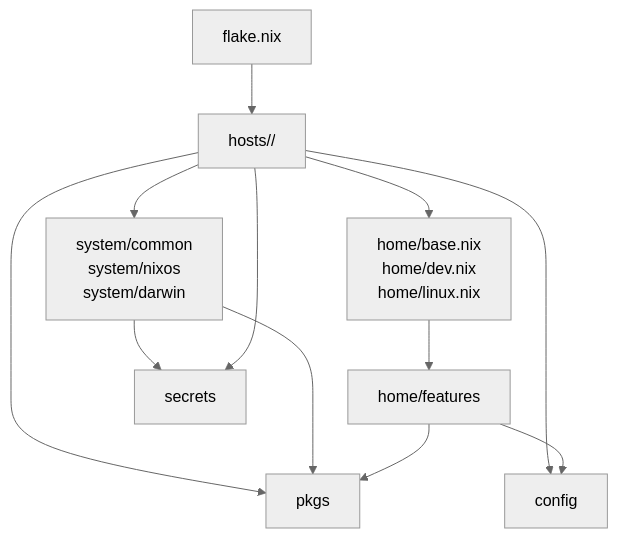
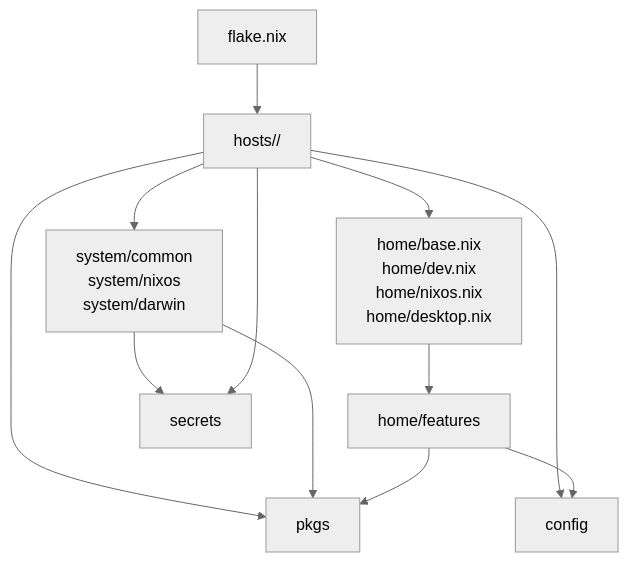
Before and after one commit to Chasewhip8/os: the diagram in AGENT.md, drawn with Mermaid (neutral theme). The commit also changed other lines of this file and 36 other files, not shown here.

````diff
--- a/AGENT.md
+++ b/AGENT.md
@@ -11,25 +11,25 @@
 ```mermaid
 flowchart TD
   flake["flake.nix"]
   hosts["hosts/<host>/<default.nix, home.nix>"]
   sys["system/common<br/>system/nixos<br/>system/darwin"]
-  homeBundles["home/base.nix<br/>home/dev.nix<br/>home/linux.nix"]
+  homeBundles["home/base.nix<br/>home/dev.nix<br/>home/nixos.nix<br/>home/desktop.nix"]
   hm["home/features"]
   raw["config"]
   pkgs["pkgs"]
   secrets["secrets"]
 
   flake --> hosts
   hosts --> sys
   hosts --> homeBundles
   homeBundles --> hm
   hosts --> raw
   hm --> raw
 
   hosts --> pkgs
   sys --> pkgs
   hm --> pkgs
 
   sys --> secrets
   hosts --> secrets
 ```
````
